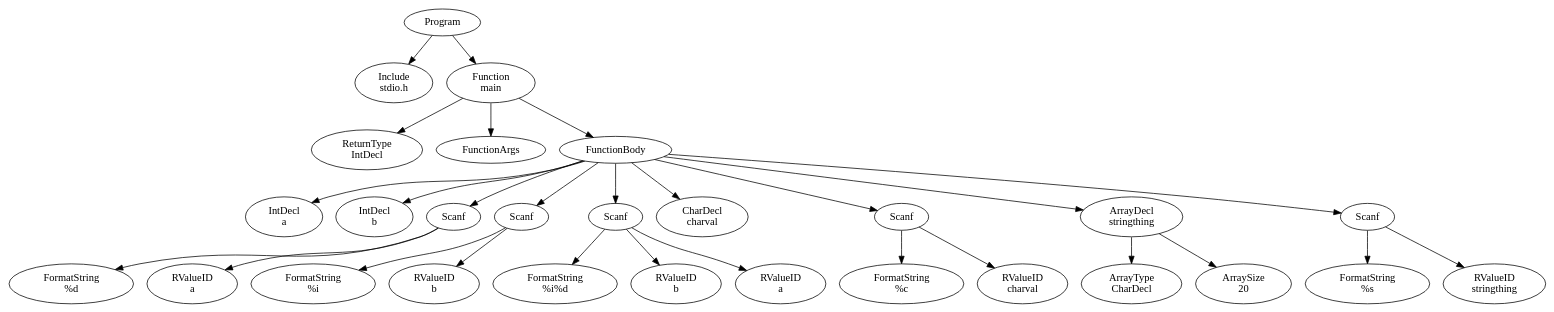
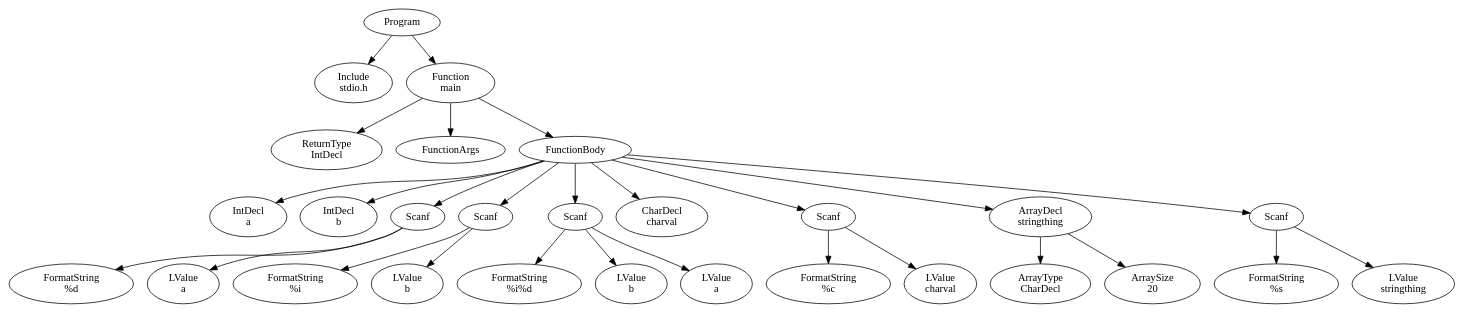
One commit to FedericoQuin/Compilers changed the diagram in official/res/solutions/scanf.dot. Above: the diagram before and after it, drawn with Graphviz. The commit also changed 2 other files, not shown here.

```diff
--- a/official/res/solutions/scanf.dot
+++ b/official/res/solutions/scanf.dot
@@ -1,57 +1,57 @@
 digraph AST {
 2 [label="Program"];
 3 [label="Include \nstdio.h"];
 4 [label="Function \nmain"];
 5 [label="ReturnType \nIntDecl"];
 6 [label="FunctionArgs"];
 7 [label="FunctionBody"];
 8 [label="IntDecl \na"];
 9 [label="IntDecl \nb"];
 10 [label="Scanf"];
 11 [label="FormatString \n%d"];
-12 [label="RValueID \na"];
+12 [label="LValue \na"];
 10 -> 11;
 10 -> 12;
 13 [label="Scanf"];
 14 [label="FormatString \n%i"];
-15 [label="RValueID \nb"];
+15 [label="LValue \nb"];
 13 -> 14;
 13 -> 15;
 16 [label="Scanf"];
 17 [label="FormatString \n%i%d"];
-18 [label="RValueID \nb"];
-19 [label="RValueID \na"];
+18 [label="LValue \nb"];
+19 [label="LValue \na"];
 16 -> 17;
 16 -> 18;
 16 -> 19;
 20 [label="CharDecl \ncharval"];
 21 [label="Scanf"];
 22 [label="FormatString \n%c"];
-23 [label="RValueID \ncharval"];
+23 [label="LValue \ncharval"];
 21 -> 22;
 21 -> 23;
 24 [label="ArrayDecl \nstringthing"];
 25 [label="ArrayType \nCharDecl"];
 26 [label="ArraySize \n20"];
 24 -> 25;
 24 -> 26;
 27 [label="Scanf"];
 28 [label="FormatString \n%s"];
-29 [label="RValueID \nstringthing"];
+29 [label="LValue \nstringthing"];
 27 -> 28;
 27 -> 29;
 7 -> 8;
 7 -> 9;
 7 -> 10;
 7 -> 13;
 7 -> 16;
 7 -> 20;
 7 -> 21;
 7 -> 24;
 7 -> 27;
 4 -> 5;
 4 -> 6;
 4 -> 7;
 2 -> 3;
 2 -> 4;
 }
```
